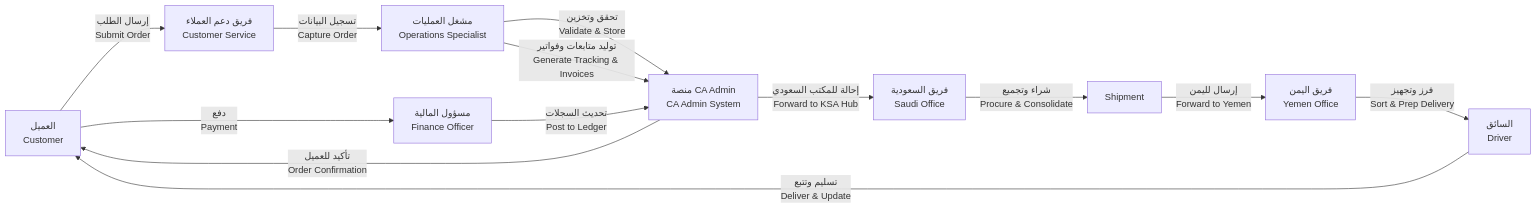
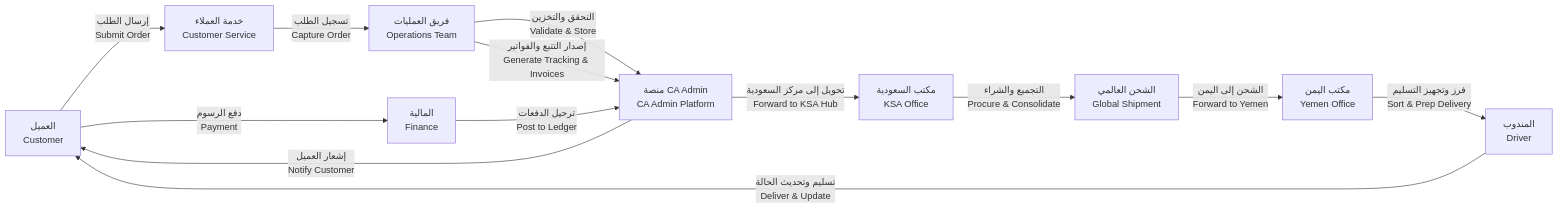
The second of 6 diagrams in docs/07-process-flows/07-process-flows.md (Ash69g/Documentation-Study), drawn with Mermaid before and after one commit. The commit also changed other lines of this file and 15 other files, not shown here.

````diff
--- a/docs/07-process-flows/07-process-flows.md
+++ b/docs/07-process-flows/07-process-flows.md
@@ -47,15 +48,15 @@
 ```mermaid
 flowchart LR
-  Customer["العميل\nCustomer"] -->|إرسال الطلب\nSubmit Order| CS["فريق دعم العملاء\nCustomer Service"]
-  CS -->|تسجيل البيانات\nCapture Order| OP["مشغل العمليات\nOperations Specialist"]
-  OP -->|تحقق وتخزين\nValidate & Store| System["منصة CA Admin\nCA Admin System"]
-  System -->|تأكيد للعميل\nOrder Confirmation| Customer
-  OP -->|توليد متابعات وفواتير\nGenerate Tracking & Invoices| System
-  System -->|إحالة للمكتب السعودي\nForward to KSA Hub| KSA["فريق السعودية\nSaudi Office"]
-  KSA -->|شراء وتجميع\nProcure & Consolidate| Shipment
-  Shipment -->|إرسال لليمن\nForward to Yemen| Yemen["فريق اليمن\nYemen Office"]
-  Yemen -->|فرز وتجهيز\nSort & Prep Delivery| Driver["السائق\nDriver"]
-  Driver -->|تسليم وتتبع\nDeliver & Update| Customer
-  Customer -->|دفع\nPayment| Finance["مسؤول المالية\nFinance Officer"]
-  Finance -->|تحديث السجلات\nPost to Ledger| System
+  Customer["العميل\nCustomer"] -->|"إرسال الطلب\nSubmit Order"| CS["خدمة العملاء\nCustomer Service"]
+  CS -->|"تسجيل الطلب\nCapture Order"| Ops["فريق العمليات\nOperations Team"]
+  Ops -->|"التحقق والتخزين\nValidate & Store"| System["منصة CA Admin\nCA Admin Platform"]
+  System -->|"إشعار العميل\nNotify Customer"| Customer
+  Ops -->|"إصدار التتبع والفواتير\nGenerate Tracking & Invoices"| System
+  System -->|"تحويل إلى مركز السعودية\nForward to KSA Hub"| KSA["مكتب السعودية\nKSA Office"]
+  KSA -->|"التجميع والشراء\nProcure & Consolidate"| Shipment["الشحن العالمي\nGlobal Shipment"]
+  Shipment -->|"الشحن إلى اليمن\nForward to Yemen"| Yemen["مكتب اليمن\nYemen Office"]
+  Yemen -->|"فرز وتجهيز التسليم\nSort & Prep Delivery"| Driver["المندوب\nDriver"]
+  Driver -->|"تسليم وتحديث الحالة\nDeliver & Update"| Customer
+  Customer -->|"دفع الرسوم\nPayment"| Finance["المالية\nFinance"]
+  Finance -->|"ترحيل الدفعات\nPost to Ledger"| System
 ```
````
